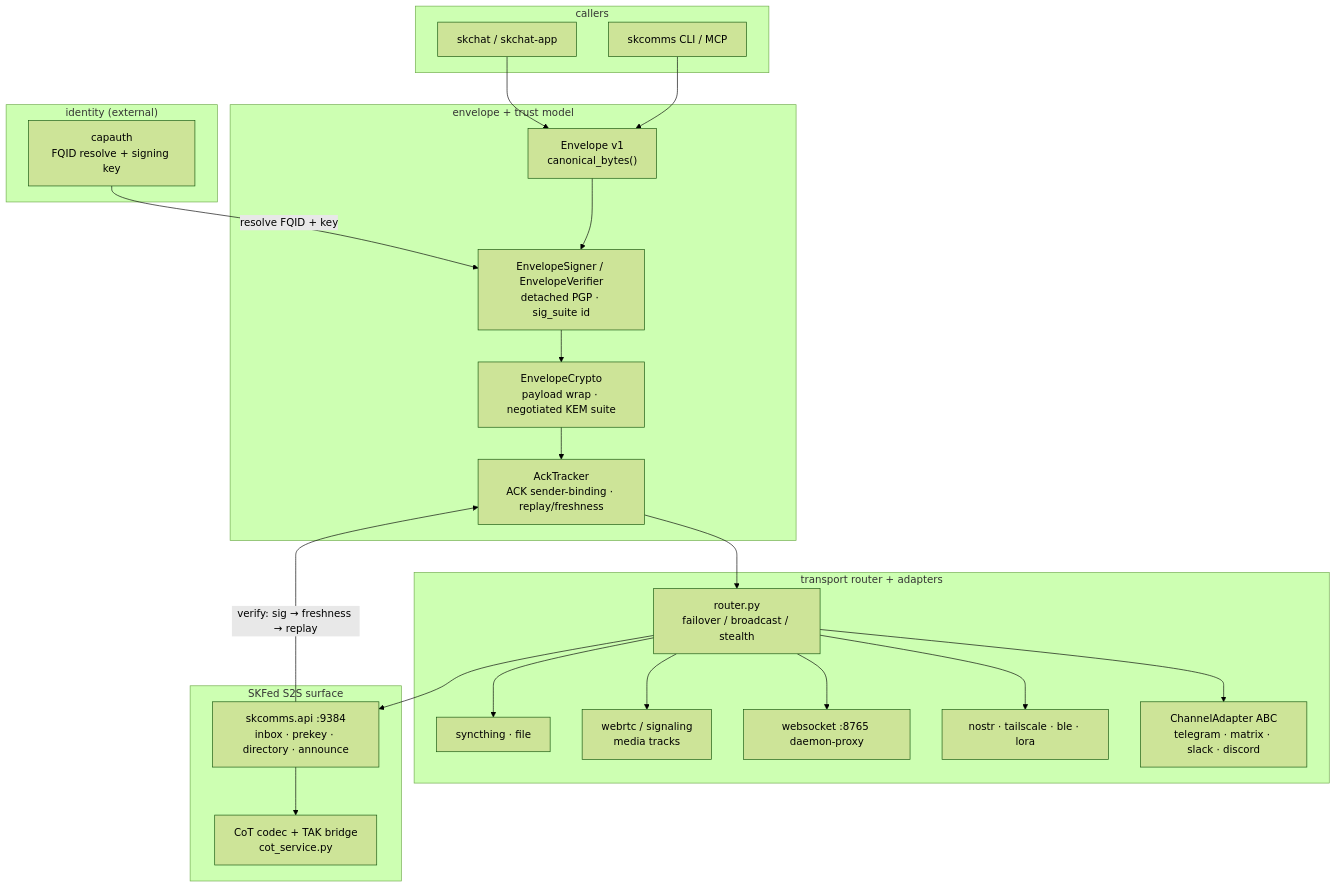
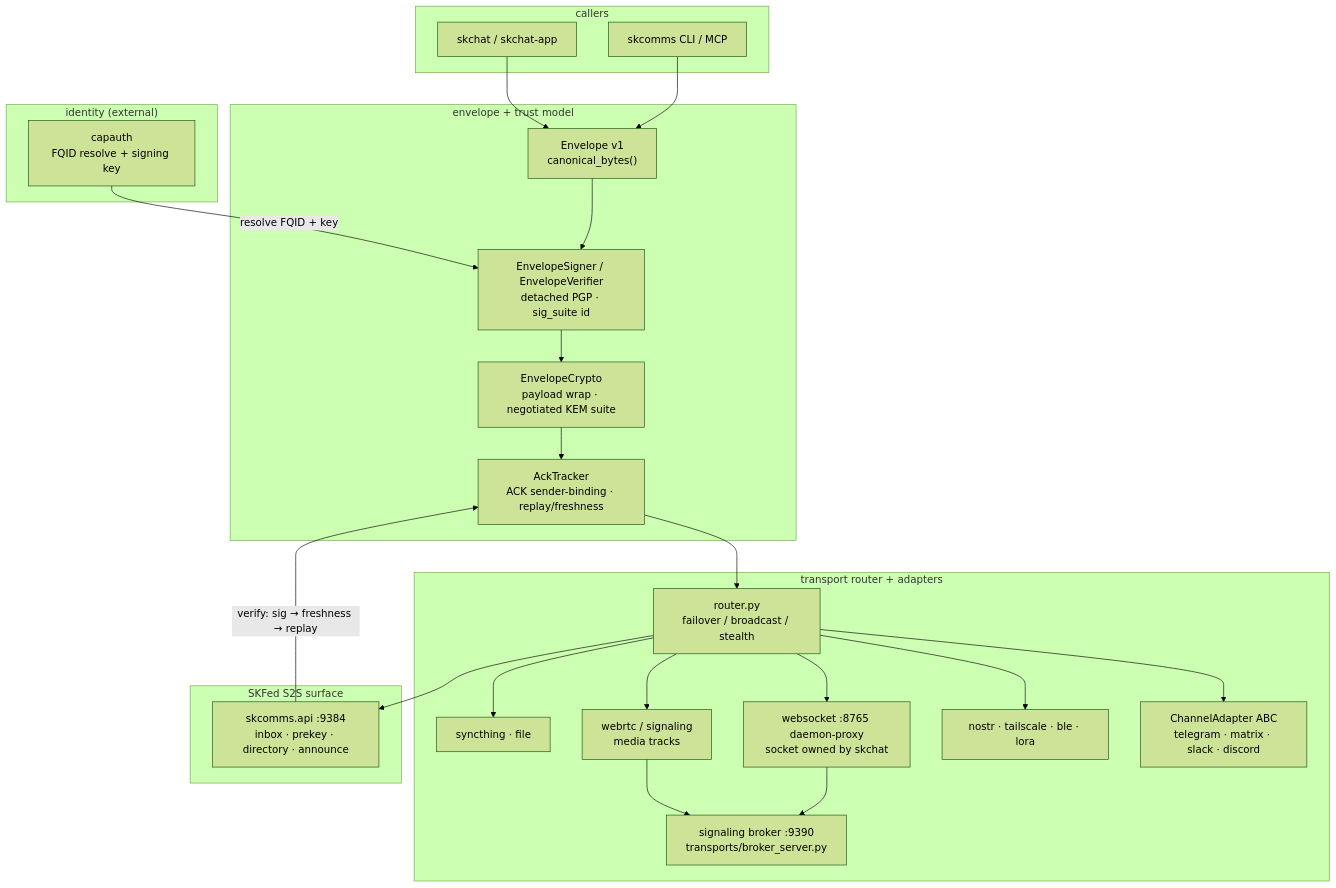
Before and after one commit to smilinTux/skcomms: the diagram in SOP.md, drawn with Mermaid (forest theme). The commit also changed other lines of this file and 3 other files, not shown here.

````diff
--- a/SOP.md
+++ b/SOP.md
@@ -26,42 +37,43 @@
 ```mermaid
 flowchart TB
     subgraph APP["callers"]
       SKCHAT["skchat / skchat-app"]
       CLI["skcomms CLI / MCP"]
     end
 
     subgraph MODEL["envelope + trust model"]
       ENV["Envelope v1<br/>canonical_bytes()"]
       SIGN["EnvelopeSigner / EnvelopeVerifier<br/>detached PGP · sig_suite id"]
       CRYPTO["EnvelopeCrypto<br/>payload wrap · negotiated KEM suite"]
       ACK["AckTracker<br/>ACK sender-binding · replay/freshness"]
     end
 
     subgraph CORE["identity (external)"]
       CAPAUTH["capauth<br/>FQID resolve + signing key"]
     end
 
     subgraph XPORT["transport router + adapters"]
       ROUTER["router.py<br/>failover / broadcast / stealth"]
       SYNC["syncthing · file"]
       WEBRTC["webrtc / signaling<br/>media tracks"]
-      WS["websocket :8765 daemon-proxy"]
+      WS["websocket :8765 daemon-proxy<br/>socket owned by skchat"]
+      BROKER["signaling broker :9390<br/>transports/broker_server.py"]
       NOSTR["nostr · tailscale · ble · lora"]
       ADAPT["ChannelAdapter ABC<br/>telegram · matrix · slack · discord"]
     end
 
     subgraph FED["SKFed S2S surface"]
       API["skcomms.api :9384<br/>inbox · prekey · directory · announce"]
-      COT["CoT codec + TAK bridge<br/>cot_service.py"]
     end
 
     SKCHAT --> ENV
     CLI --> ENV
     CAPAUTH -->|"resolve FQID + key"| SIGN
     ENV --> SIGN --> CRYPTO --> ACK
     ACK --> ROUTER
     ROUTER --> SYNC & WEBRTC & WS & NOSTR & ADAPT
+    WEBRTC --> BROKER
+    WS --> BROKER
     ROUTER --> API
-    API --> COT
     API -->|"verify: sig → freshness → replay"| ACK
 ```
````
